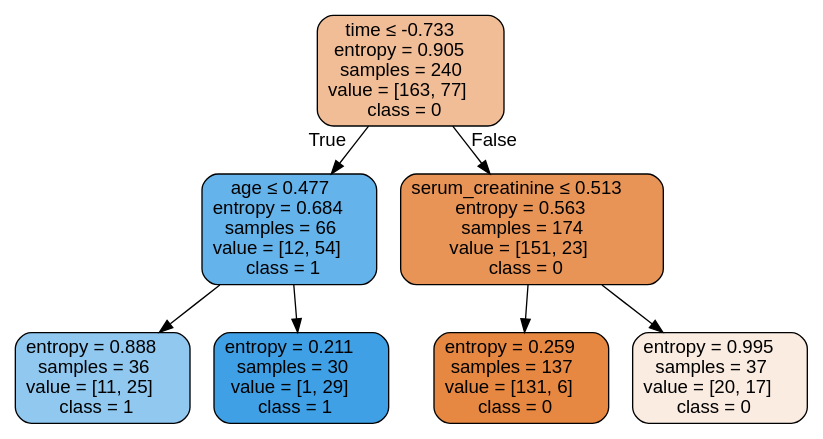
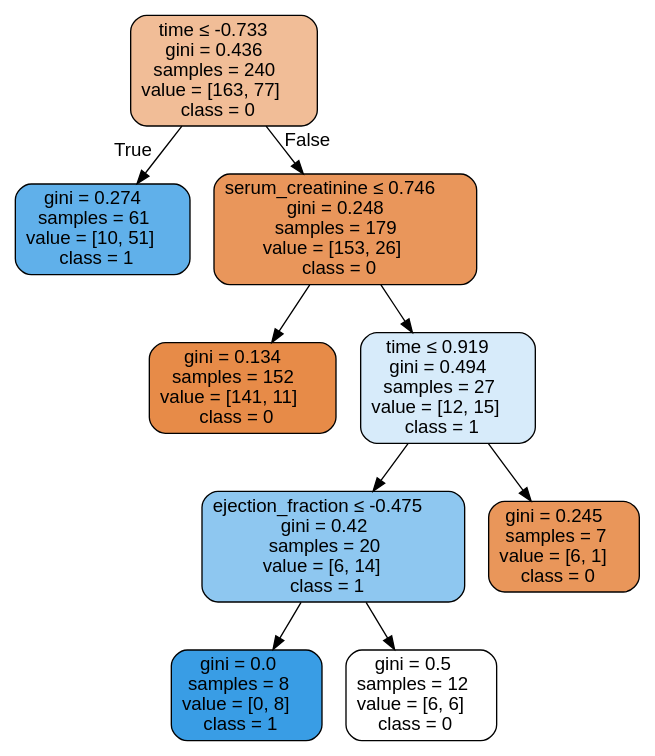
The diagram in Labs/Results/DecisionTrees/FeatureEng/Original/HFCR - Original - dtree.dot (isabelSoares/CD-2021), drawn with Graphviz before and after one commit. The commit also changed 132 other files, not shown here.

```diff
--- a/Labs/Results/DecisionTrees/FeatureEng/Original/HFCR - Original - dtree.dot
+++ b/Labs/Results/DecisionTrees/FeatureEng/Original/HFCR - Original - dtree.dot
@@ -1,17 +1,21 @@
 digraph Tree {
 node [shape=box, style="filled, rounded", color="black", fontname=helvetica] ;
 edge [fontname=helvetica] ;
-0 [label=<time &le; -0.733<br/>entropy = 0.905<br/>samples = 240<br/>value = [163, 77]<br/>class = 0>, fillcolor="#f1bd97"] ;
-1 [label=<age &le; 0.477<br/>entropy = 0.684<br/>samples = 66<br/>value = [12, 54]<br/>class = 1>, fillcolor="#65b3eb"] ;
+0 [label=<time &le; -0.733<br/>gini = 0.436<br/>samples = 240<br/>value = [163, 77]<br/>class = 0>, fillcolor="#f1bd97"] ;
+1 [label=<gini = 0.274<br/>samples = 61<br/>value = [10, 51]<br/>class = 1>, fillcolor="#60b0ea"] ;
 0 -> 1 [labeldistance=2.5, labelangle=45, headlabel="True"] ;
-2 [label=<entropy = 0.888<br/>samples = 36<br/>value = [11, 25]<br/>class = 1>, fillcolor="#90c8f0"] ;
-1 -> 2 ;
-3 [label=<entropy = 0.211<br/>samples = 30<br/>value = [1, 29]<br/>class = 1>, fillcolor="#40a0e6"] ;
-1 -> 3 ;
-4 [label=<serum_creatinine &le; 0.513<br/>entropy = 0.563<br/>samples = 174<br/>value = [151, 23]<br/>class = 0>, fillcolor="#e99457"] ;
-0 -> 4 [labeldistance=2.5, labelangle=-45, headlabel="False"] ;
-5 [label=<entropy = 0.259<br/>samples = 137<br/>value = [131, 6]<br/>class = 0>, fillcolor="#e68742"] ;
+2 [label=<serum_creatinine &le; 0.746<br/>gini = 0.248<br/>samples = 179<br/>value = [153, 26]<br/>class = 0>, fillcolor="#e9965b"] ;
+0 -> 2 [labeldistance=2.5, labelangle=-45, headlabel="False"] ;
+3 [label=<gini = 0.134<br/>samples = 152<br/>value = [141, 11]<br/>class = 0>, fillcolor="#e78b48"] ;
+2 -> 3 ;
+4 [label=<time &le; 0.919<br/>gini = 0.494<br/>samples = 27<br/>value = [12, 15]<br/>class = 1>, fillcolor="#d7ebfa"] ;
+2 -> 4 ;
+5 [label=<ejection_fraction &le; -0.475<br/>gini = 0.42<br/>samples = 20<br/>value = [6, 14]<br/>class = 1>, fillcolor="#8ec7f0"] ;
 4 -> 5 ;
-6 [label=<entropy = 0.995<br/>samples = 37<br/>value = [20, 17]<br/>class = 0>, fillcolor="#fbece1"] ;
-4 -> 6 ;
+6 [label=<gini = 0.0<br/>samples = 8<br/>value = [0, 8]<br/>class = 1>, fillcolor="#399de5"] ;
+5 -> 6 ;
+7 [label=<gini = 0.5<br/>samples = 12<br/>value = [6, 6]<br/>class = 0>, fillcolor="#ffffff"] ;
+5 -> 7 ;
+8 [label=<gini = 0.245<br/>samples = 7<br/>value = [6, 1]<br/>class = 0>, fillcolor="#e9965a"] ;
+4 -> 8 ;
 }
```
